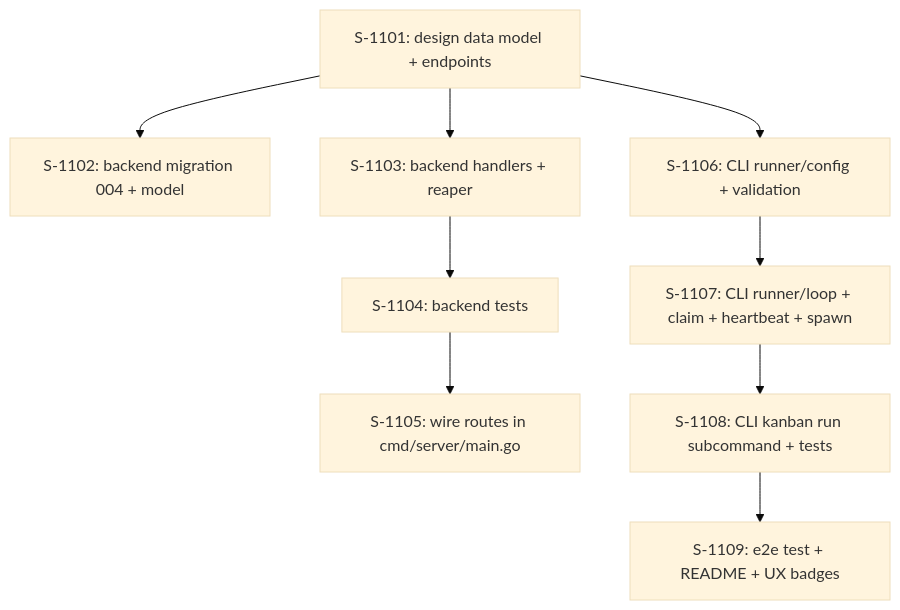
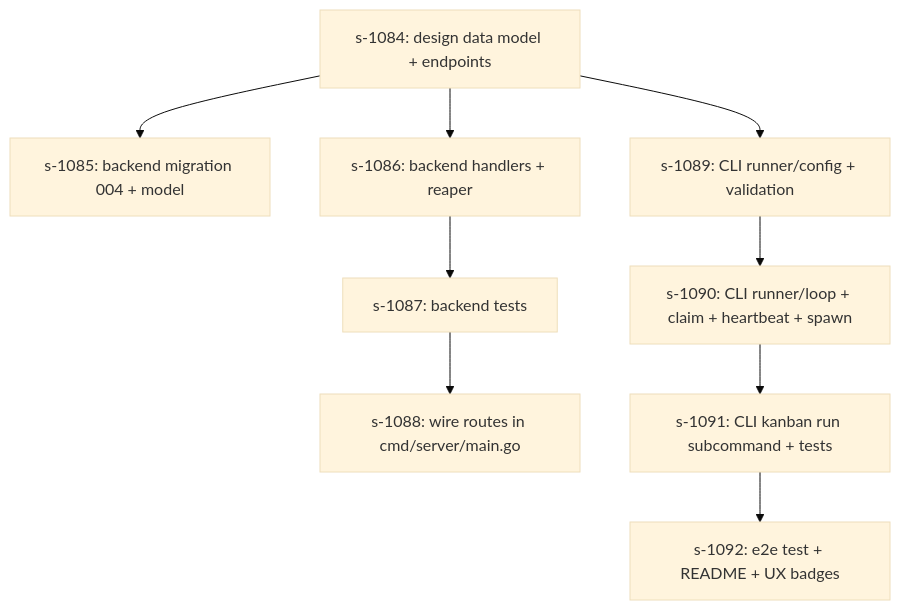
The diagram in devDoc/CLI_RUNNER_PLAN_2026-09-12.md (songkl/open-kanban), drawn with Mermaid (base theme) before and after one commit. The commit also changed other lines of this file, not shown here.

First line of the commit message:
s-1083: Reconcile runner-plan sub-task IDs with created kanban tasks

````diff
--- a/devDoc/CLI_RUNNER_PLAN_2026-09-12.md
+++ b/devDoc/CLI_RUNNER_PLAN_2026-09-12.md
@@ -416,11 +417,11 @@
 ```mermaid
 graph TD
-  S1[S-1101: design data model + endpoints] --> S2[S-1102: backend migration 004 + model]
-  S1 --> S3[S-1103: backend handlers + reaper]
-  S3 --> S4[S-1104: backend tests]
-  S4 --> S5[S-1105: wire routes in cmd/server/main.go]
-  S1 --> S6[S-1106: CLI runner/config + validation]
-  S6 --> S7[S-1107: CLI runner/loop + claim + heartbeat + spawn]
-  S7 --> S8[S-1108: CLI kanban run subcommand + tests]
-  S8 --> S9[S-1109: e2e test + README + UX badges]
+  S1[s-1084: design data model + endpoints] --> S2[s-1085: backend migration 004 + model]
+  S1 --> S3[s-1086: backend handlers + reaper]
+  S3 --> S4[s-1087: backend tests]
+  S4 --> S5[s-1088: wire routes in cmd/server/main.go]
+  S1 --> S6[s-1089: CLI runner/config + validation]
+  S6 --> S7[s-1090: CLI runner/loop + claim + heartbeat + spawn]
+  S7 --> S8[s-1091: CLI kanban run subcommand + tests]
+  S8 --> S9[s-1092: e2e test + README + UX badges]
 ```
````
